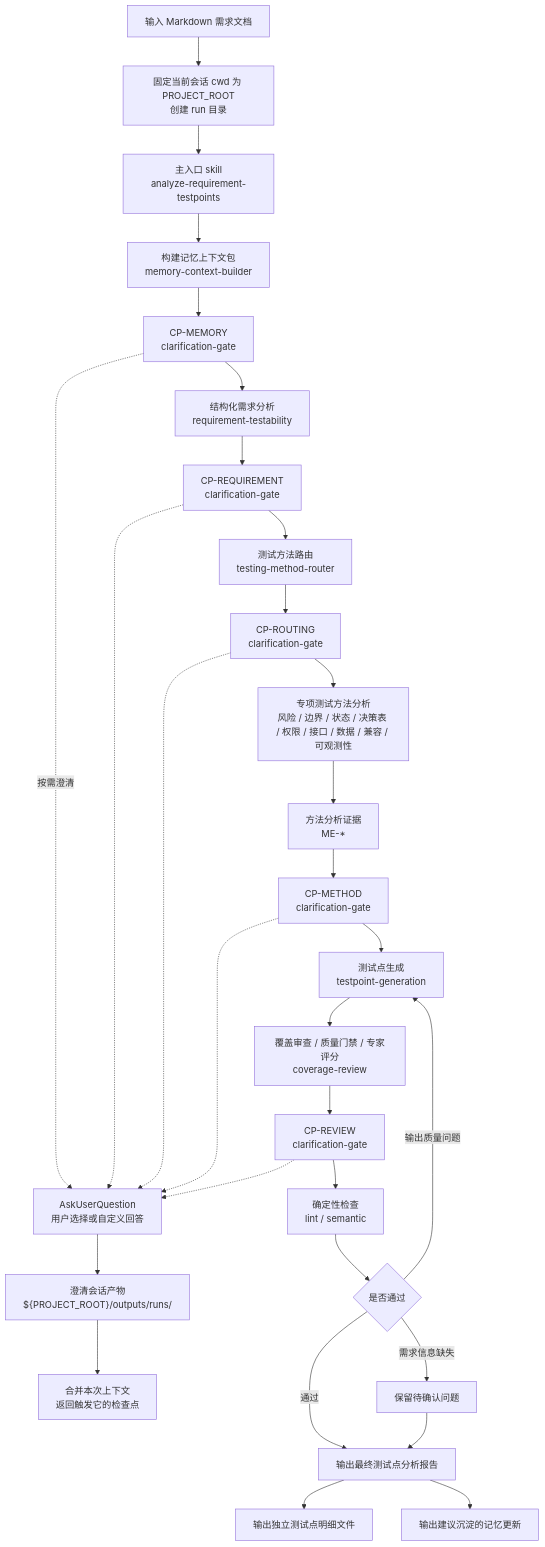
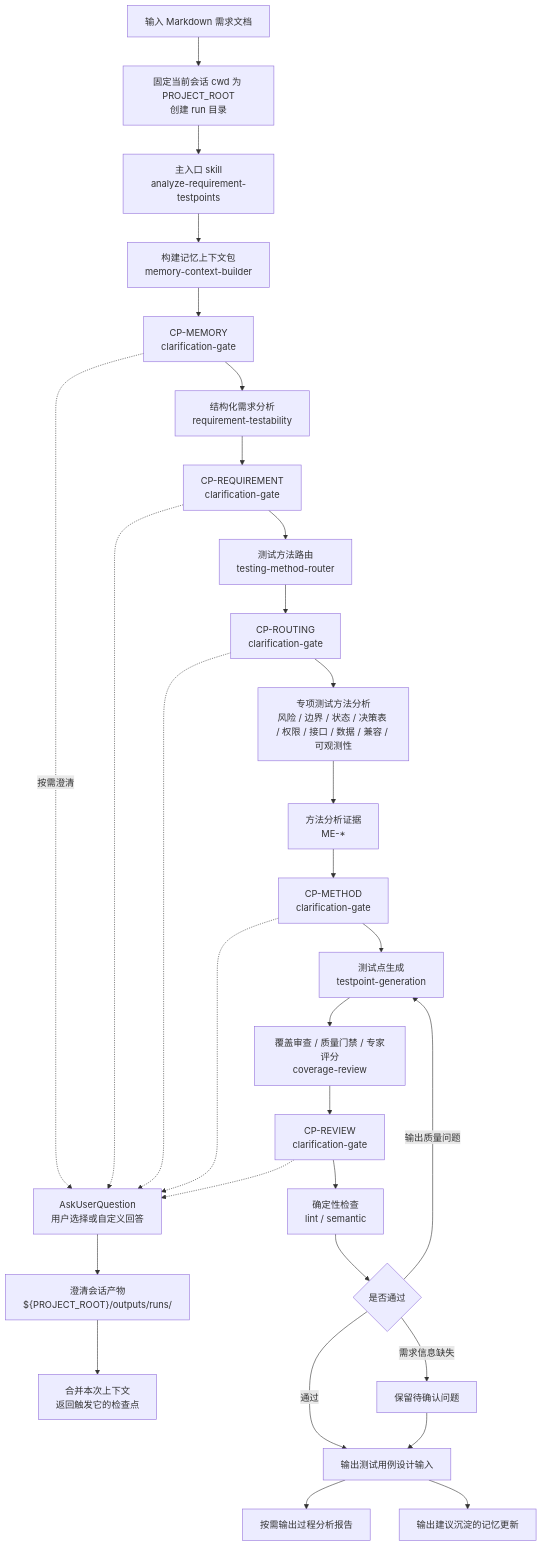
Before and after one commit to szluoqy-byte/Test-Analysis-Agent: the third of 8 diagrams in docs/test-analysis-agent-design.md, drawn with Mermaid. The commit also changed other lines of this file and 26 other files, not shown here.

````diff
--- a/docs/test-analysis-agent-design.md
+++ b/docs/test-analysis-agent-design.md
@@ -179,32 +181,32 @@
 ```mermaid
 flowchart TD
   A["输入 Markdown 需求文档"] --> PR["固定当前会话 cwd 为 PROJECT_ROOT\n创建 run 目录"]
   PR --> B["主入口 skill\nanalyze-requirement-testpoints"]
   B --> C["构建记忆上下文包\nmemory-context-builder"]
   C --> C1["CP-MEMORY\nclarification-gate"]
   C1 --> D["结构化需求分析\nrequirement-testability"]
   D --> C2["CP-REQUIREMENT\nclarification-gate"]
   C2 --> E["测试方法路由\ntesting-method-router"]
   E --> C3["CP-ROUTING\nclarification-gate"]
   C3 --> F["专项测试方法分析\n风险 / 边界 / 状态 / 决策表 / 权限 / 接口 / 数据 / 兼容 / 可观测性"]
   F --> EV["方法分析证据\nME-*"]
   EV --> C4["CP-METHOD\nclarification-gate"]
   C4 --> G["测试点生成\ntestpoint-generation"]
   G --> H["覆盖审查 / 质量门禁 / 专家评分\ncoverage-review"]
   H --> C5["CP-REVIEW\nclarification-gate"]
   C1 -. 按需澄清 .-> AUQ["AskUserQuestion\n用户选择或自定义回答"]
   C2 -.-> AUQ
   C3 -.-> AUQ
   C4 -.-> AUQ
   C5 -.-> AUQ
   AUQ --> CS["澄清会话产物\n${PROJECT_ROOT}/outputs/runs/<run-id>"]
   CS --> Resume["合并本次上下文\n返回触发它的检查点"]
   C5 --> J["确定性检查\nlint / semantic"]
   J --> K{"是否通过"}
-  K -- "通过" --> L["输出最终测试点分析报告"]
+  K -- "通过" --> L["输出测试用例设计输入"]
   K -- "输出质量问题" --> G
   K -- "需求信息缺失" --> M["保留待确认问题"]
   M --> L
-  L --> DTL["输出独立测试点明细文件"]
+  L --> RPT["按需输出过程分析报告"]
   L --> N["输出建议沉淀的记忆更新"]
 ```
````
